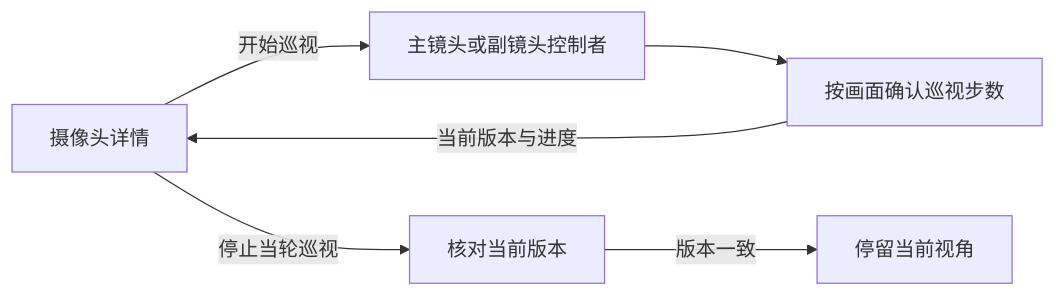
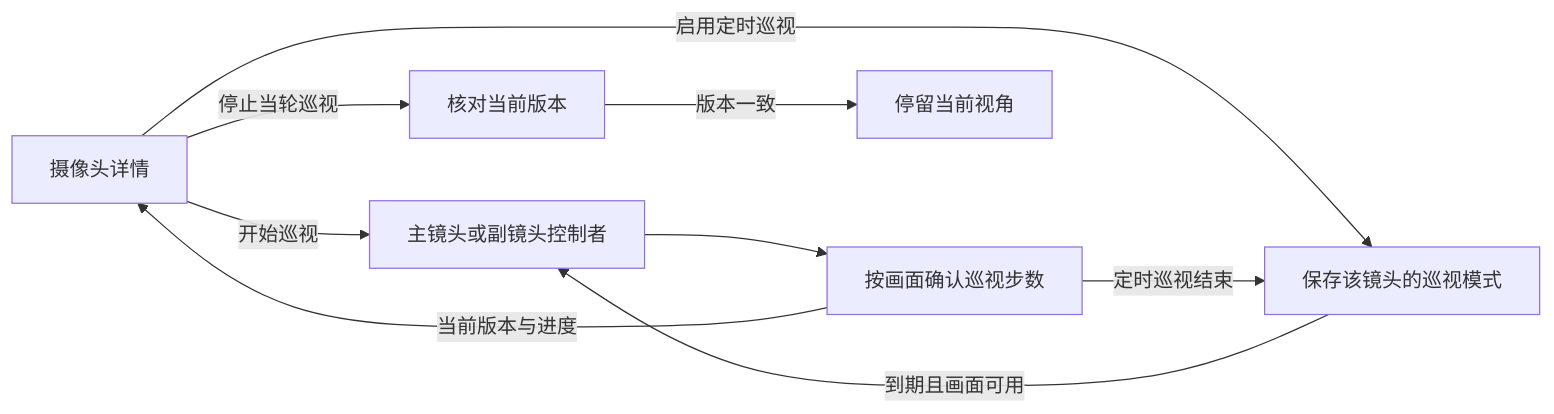
One commit to Geeprox/Friday changed the fourth of 32 diagrams in docs/architecture.md. Above: the diagram before and after it, drawn with Mermaid. The commit also changed other lines of this file and 16 other files, not shown here.

````diff
--- a/docs/architecture.md
+++ b/docs/architecture.md
@@ -108,8 +108,11 @@
 ```mermaid
 flowchart LR
   A[摄像头详情] -->|开始巡视| B[主镜头或副镜头控制者]
+  A -->|启用定时巡视| P[保存该镜头的巡视模式]
+  P -->|到期且画面可用| B
   B --> C[按画面确认巡视步数]
   C -->|当前版本与进度| A
+  C -->|定时巡视结束| P
   A -->|停止当轮巡视| D[核对当前版本]
   D -->|版本一致| E[停留当前视角]
 ```
````
